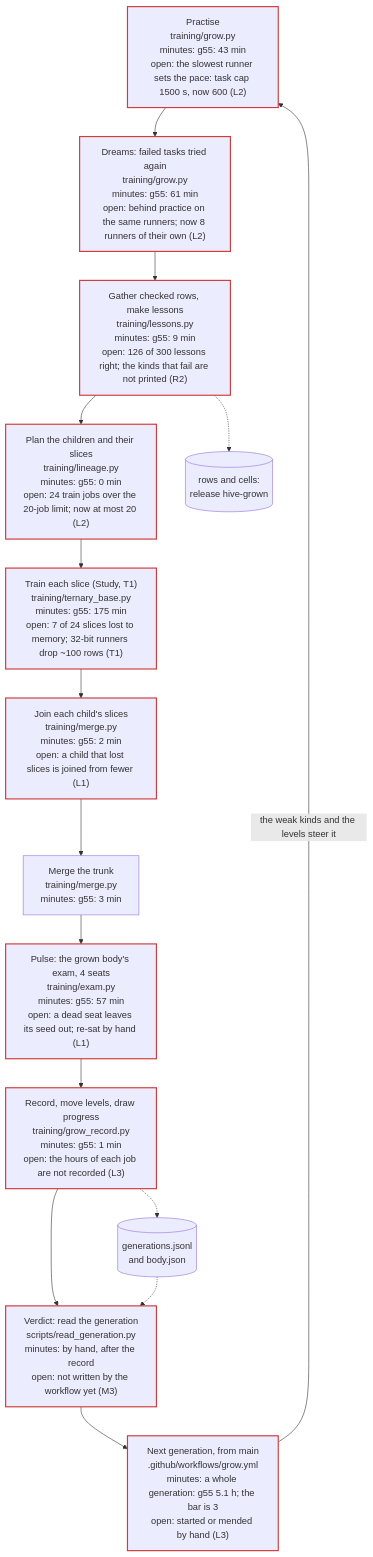
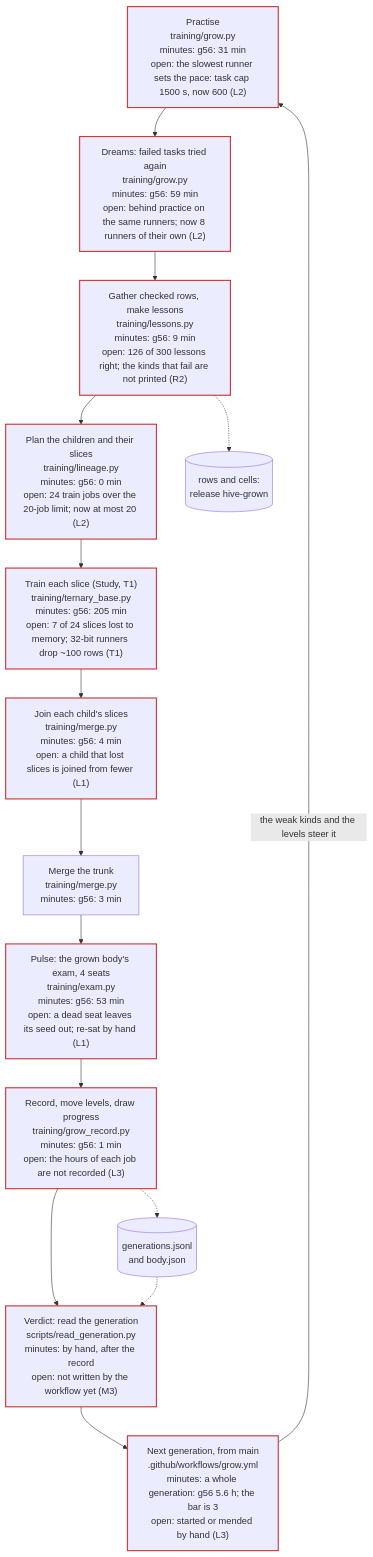
One commit to Arnav123-s/HiveMIND changed the first of 4 diagrams in docs/KNOWLEDGE.md. Above: the diagram before and after it, drawn with Mermaid. The commit also changed 16 other files, not shown here.

Commit message:
The hive's body: generation g56

````diff
--- a/docs/KNOWLEDGE.md
+++ b/docs/KNOWLEDGE.md
@@ -11,31 +11,31 @@
 ```mermaid
 flowchart TD
-  practise["Practise<br/>training/grow.py<br/>minutes: g55: 43 min<br/>open: the slowest runner sets the pace: task cap 1500 s, now 600 (L2)"]:::open
-  dreams["Dreams: failed tasks tried again<br/>training/grow.py<br/>minutes: g55: 61 min<br/>open: behind practice on the same runners; now 8 runners of their own (L2)"]:::open
-  gather["Gather checked rows, make lessons<br/>training/lessons.py<br/>minutes: g55: 9 min<br/>open: 126 of 300 lessons right; the kinds that fail are not printed (R2)"]:::open
-  plan["Plan the children and their slices<br/>training/lineage.py<br/>minutes: g55: 0 min<br/>open: 24 train jobs over the 20-job limit; now at most 20 (L2)"]:::open
-  trainc["Train each slice (Study, T1)<br/>training/ternary_base.py<br/>minutes: g55: 175 min<br/>open: 7 of 24 slices lost to memory; 32-bit runners drop ~100 rows (T1)"]:::open
-  join["Join each child's slices<br/>training/merge.py<br/>minutes: g55: 2 min<br/>open: a child that lost slices is joined from fewer (L1)"]:::open
-  trunk["Merge the trunk<br/>training/merge.py<br/>minutes: g55: 3 min"]
-  pulse["Pulse: the grown body's exam, 4 seats<br/>training/exam.py<br/>minutes: g55: 57 min<br/>open: a dead seat leaves its seed out; re-sat by hand (L1)"]:::open
-  recordg["Record, move levels, draw progress<br/>training/grow_record.py<br/>minutes: g55: 1 min<br/>open: the hours of each job are not recorded (L3)"]:::open
+  practise["Practise<br/>training/grow.py<br/>minutes: g56: 31 min<br/>open: the slowest runner sets the pace: task cap 1500 s, now 600 (L2)"]:::open
+  dreams["Dreams: failed tasks tried again<br/>training/grow.py<br/>minutes: g56: 59 min<br/>open: behind practice on the same runners; now 8 runners of their own (L2)"]:::open
+  gather["Gather checked rows, make lessons<br/>training/lessons.py<br/>minutes: g56: 9 min<br/>open: 126 of 300 lessons right; the kinds that fail are not printed (R2)"]:::open
+  plan["Plan the children and their slices<br/>training/lineage.py<br/>minutes: g56: 0 min<br/>open: 24 train jobs over the 20-job limit; now at most 20 (L2)"]:::open
+  trainc["Train each slice (Study, T1)<br/>training/ternary_base.py<br/>minutes: g56: 205 min<br/>open: 7 of 24 slices lost to memory; 32-bit runners drop ~100 rows (T1)"]:::open
+  join["Join each child's slices<br/>training/merge.py<br/>minutes: g56: 4 min<br/>open: a child that lost slices is joined from fewer (L1)"]:::open
+  trunk["Merge the trunk<br/>training/merge.py<br/>minutes: g56: 3 min"]
+  pulse["Pulse: the grown body's exam, 4 seats<br/>training/exam.py<br/>minutes: g56: 53 min<br/>open: a dead seat leaves its seed out; re-sat by hand (L1)"]:::open
+  recordg["Record, move levels, draw progress<br/>training/grow_record.py<br/>minutes: g56: 1 min<br/>open: the hours of each job are not recorded (L3)"]:::open
   verdictg["Verdict: read the generation<br/>scripts/read_generation.py<br/>minutes: by hand, after the record<br/>open: not written by the workflow yet (M3)"]:::open
-  nextg["Next generation, from main<br/>.github/workflows/grow.yml<br/>minutes: a whole generation: g55 5.1 h; the bar is 3<br/>open: started or mended by hand (L3)"]:::open
+  nextg["Next generation, from main<br/>.github/workflows/grow.yml<br/>minutes: a whole generation: g56 5.6 h; the bar is 3<br/>open: started or mended by hand (L3)"]:::open
   practise --> dreams
   dreams --> gather
   gather --> plan
   plan --> trainc
   trainc --> join
   join --> trunk
   trunk --> pulse
   pulse --> recordg
   recordg --> verdictg
   verdictg --> nextg
   nextg -->|"the weak kinds and the levels steer it"| practise
   rel[("rows and cells:<br/>release hive-grown")]
   rec[("generations.jsonl<br/>and body.json")]
   gather -.-> rel
   recordg -.-> rec
   rec -.-> verdictg
   classDef open stroke:#d03b3b,stroke-width:2px
 ```
````
